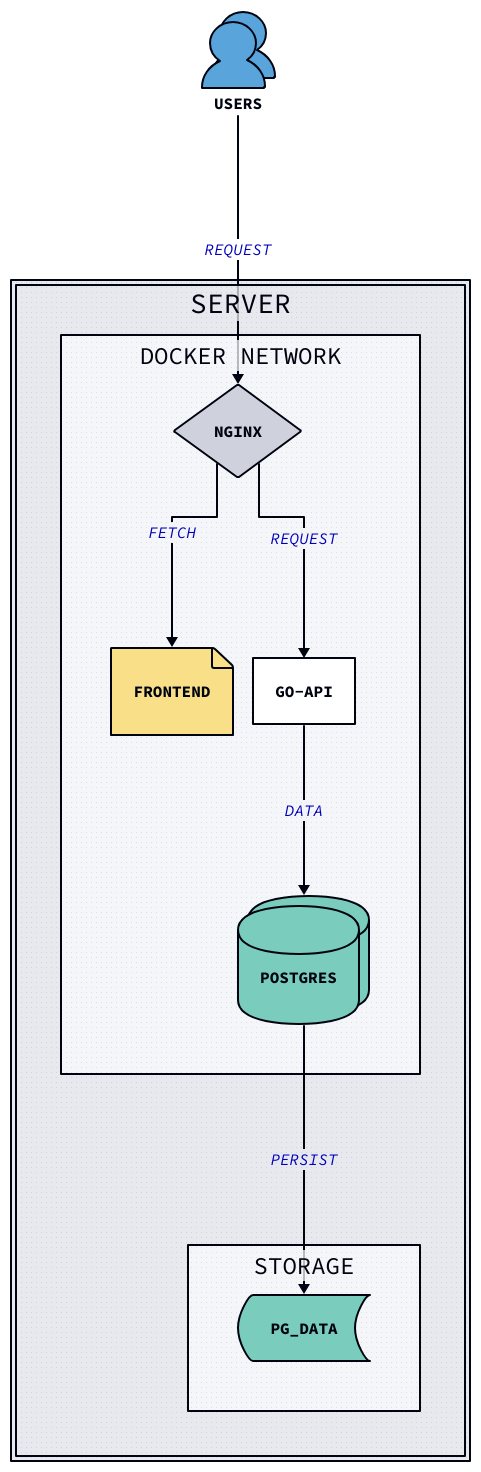
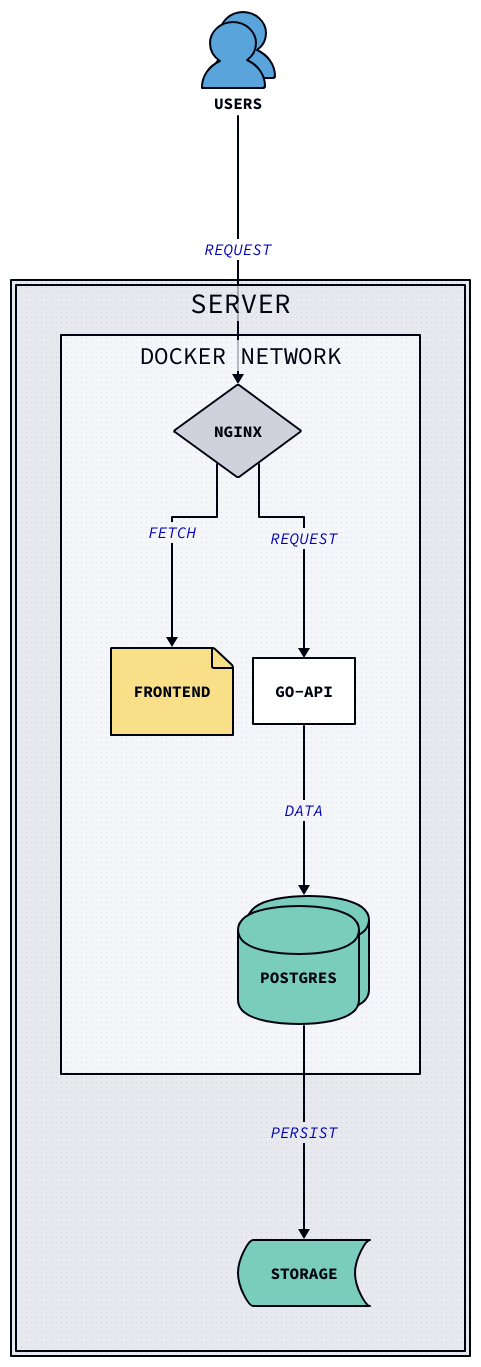
Before and after one commit to jakesmith-101/psychic-waffle: the diagram in plan.d2, drawn with D2.

Commit message:
container is also redundant

```diff
--- a/plan.d2
+++ b/plan.d2
@@ -1,43 +1,41 @@
 vars: {
   d2-config: {
     layout-engine: elk
     # Terminal theme code
     theme-id: 300
   }
 }
 
 users: {
   shape: person
   style.multiple: true
 }
 
 server: {
   docker network: {
     nginx: {
       shape: diamond
     }
     frontend: {
       shape: page
     }
     go-api
 
     postgres: {
       shape: cylinder
       style.multiple: true
     }
 
     nginx -> go-api: request
     nginx -> frontend: fetch
     go-api -> postgres: data
   }
 
   storage: {
-    pg_data: {
-      shape: stored_data
-    }
+    shape: stored_data
   }
 
-  docker network.postgres -> storage.pg_data: persist
+  docker network.postgres -> storage: persist
 }
 
 users -> server.docker network.nginx: request
```
